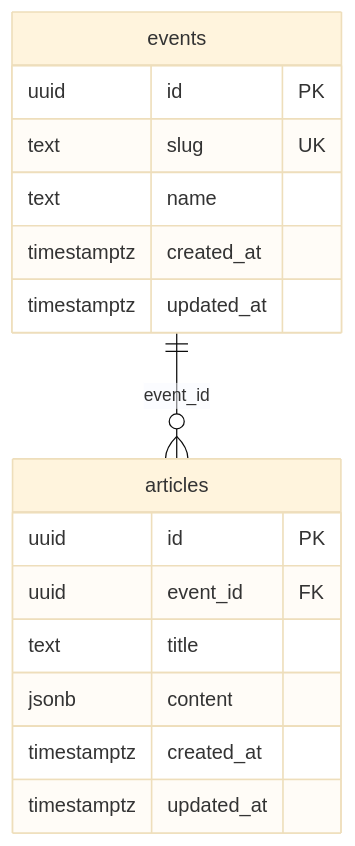
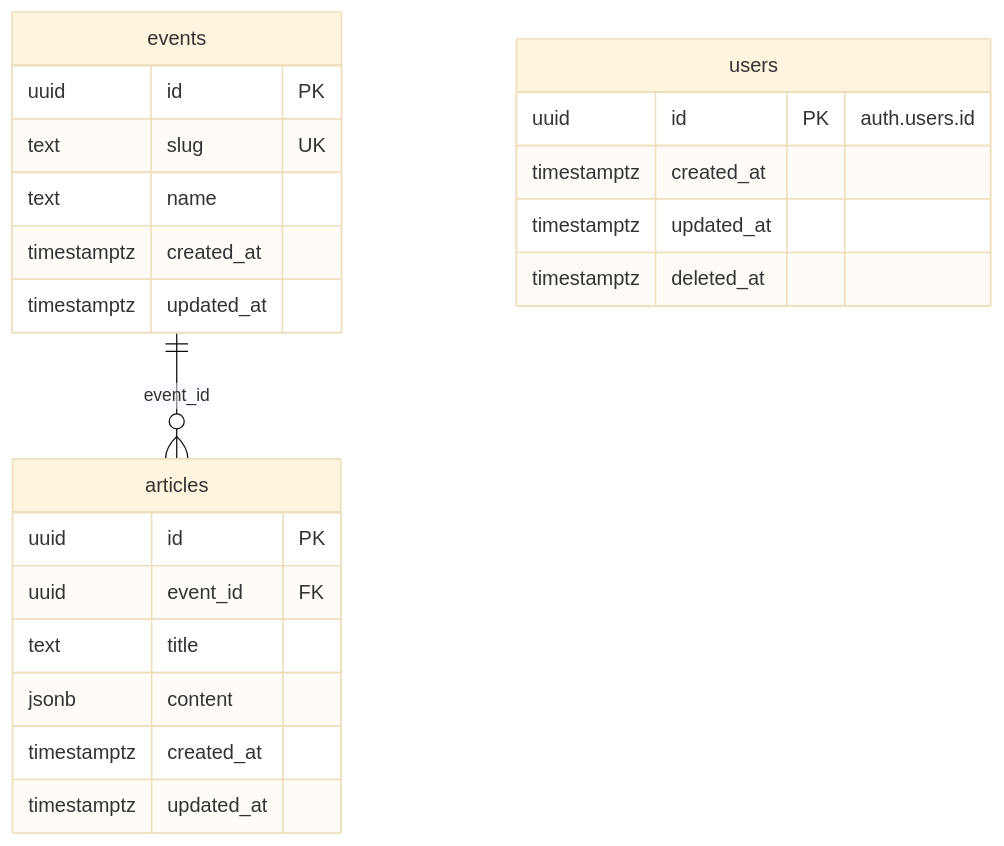
One commit to Studio-Takumi/fesp-suite changed the diagram in docs/db.md. Above: the diagram before and after it, drawn with Mermaid (base theme). The commit also changed other lines of this file and 3 other files, not shown here.

````diff
--- a/docs/db.md
+++ b/docs/db.md
@@ -3,21 +3,28 @@
 ```mermaid
 erDiagram
     events ||--o{ articles : "event_id"
 
     events {
         uuid id PK
         text slug UK
         text name
         timestamptz created_at
         timestamptz updated_at
     }
 
     articles {
         uuid id PK
         uuid event_id FK
         text title
         jsonb content
         timestamptz created_at
         timestamptz updated_at
     }
+
+    users {
+        uuid id PK "auth.users.id"
+        timestamptz created_at
+        timestamptz updated_at
+        timestamptz deleted_at
+    }
 ```
````
